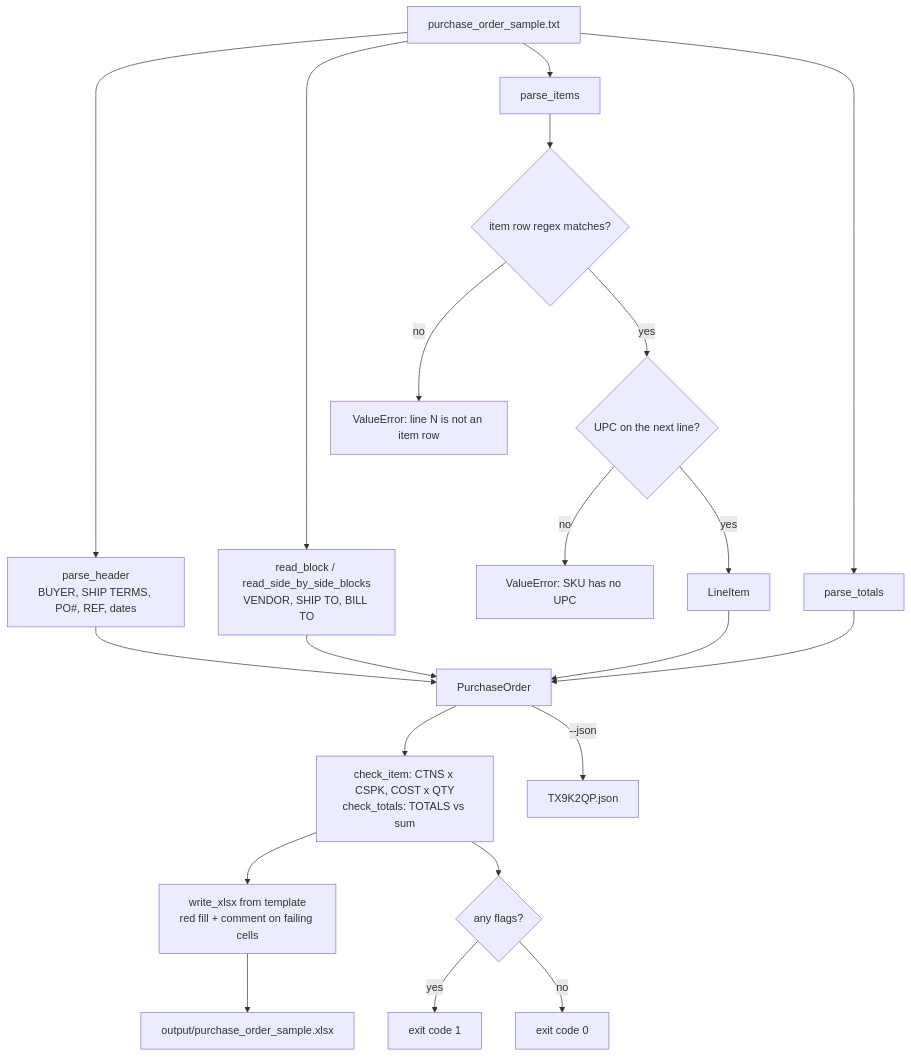
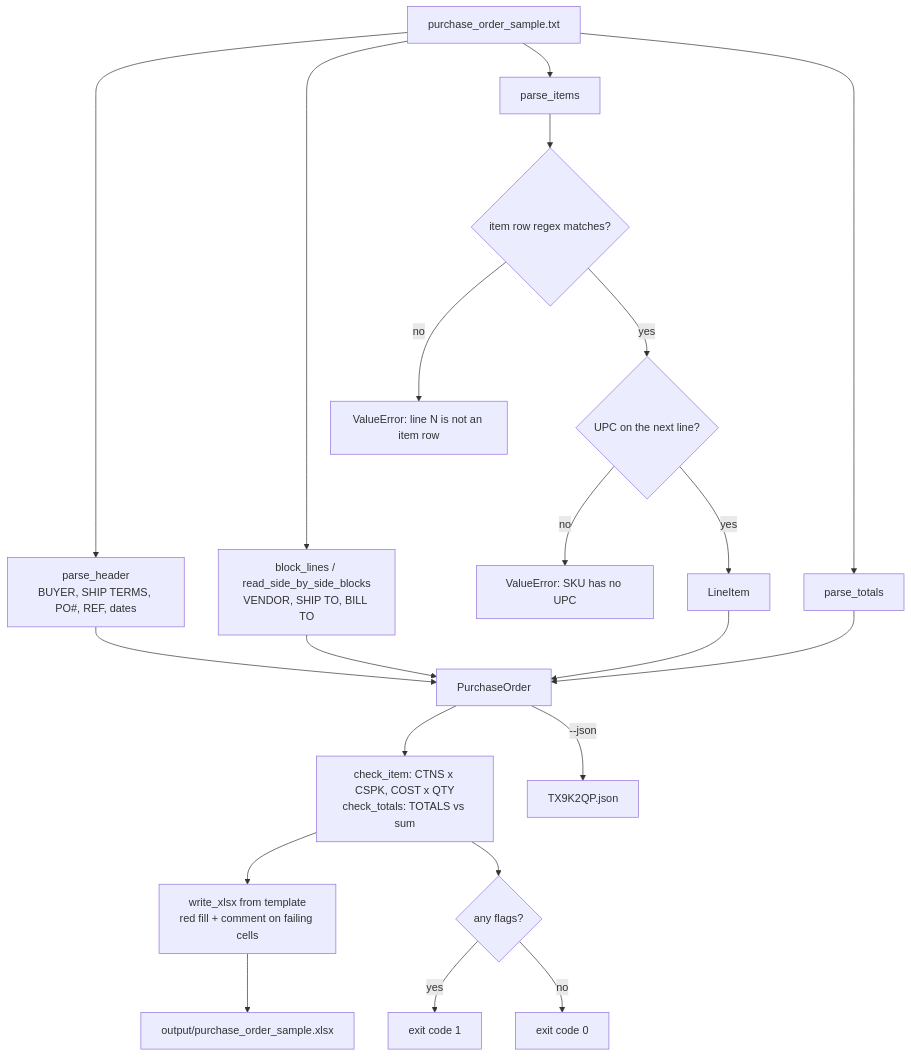
Before and after one commit to TRUPALIX9/bhf-take-home: the eighth of 10 diagrams in docs/DESIGN.md, drawn with Mermaid. The commit also changed other lines of this file and 33 other files, not shown here.

````diff
--- a/docs/DESIGN.md
+++ b/docs/DESIGN.md
@@ -193,23 +192,23 @@
 ```mermaid
 flowchart TD
   IN["purchase_order_sample.txt"] --> H["parse_header<br/>BUYER, SHIP TERMS, PO#, REF, dates"]
-  IN --> AD["read_block / read_side_by_side_blocks<br/>VENDOR, SHIP TO, BILL TO"]
+  IN --> AD["block_lines / read_side_by_side_blocks<br/>VENDOR, SHIP TO, BILL TO"]
   IN --> IT["parse_items"]
   IT --> ROW{"item row regex matches?"}
   ROW -- no --> ERR1["ValueError: line N is not an item row"]
   ROW -- yes --> UPC{"UPC on the next line?"}
   UPC -- no --> ERR2["ValueError: SKU has no UPC"]
   UPC -- yes --> LI["LineItem"]
   IN --> TOT["parse_totals"]
   H --> PO["PurchaseOrder"]
   AD --> PO
   LI --> PO
   TOT --> PO
   PO --> V["check_item: CTNS x CSPK, COST x QTY<br/>check_totals: TOTALS vs sum"]
   V --> W["write_xlsx from template<br/>red fill + comment on failing cells"]
   PO -- "--json" --> J["TX9K2QP.json"]
   W --> OUT["output/purchase_order_sample.xlsx"]
   V --> EXIT{"any flags?"}
   EXIT -- yes --> X1["exit code 1"]
   EXIT -- no --> X0["exit code 0"]
 ```
````
